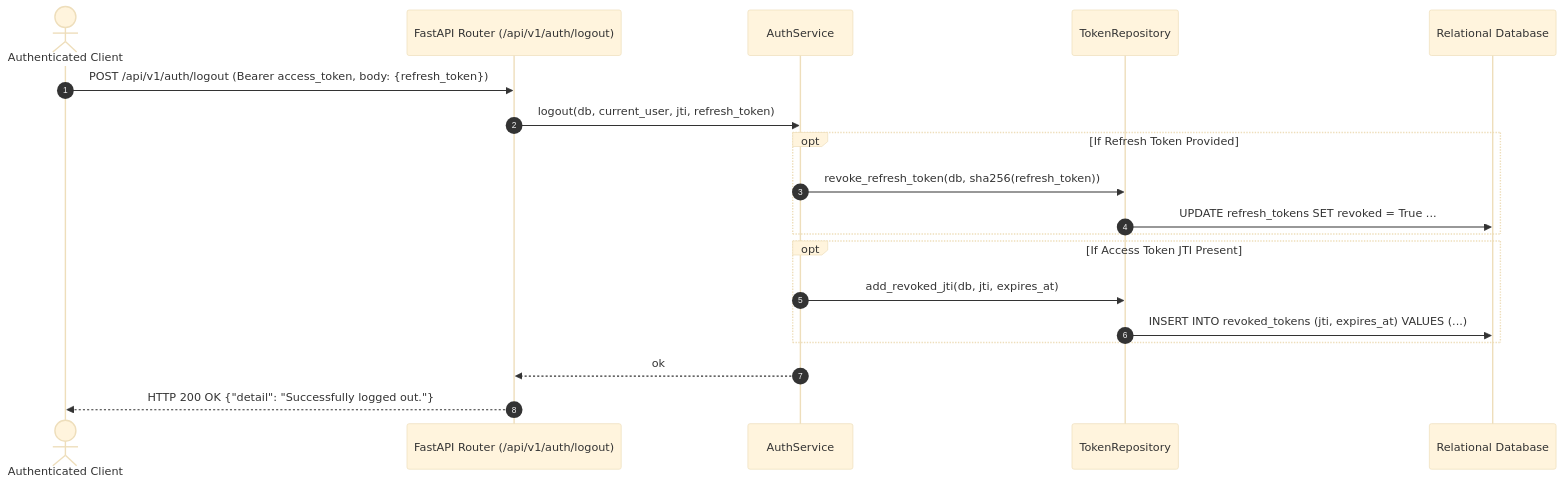
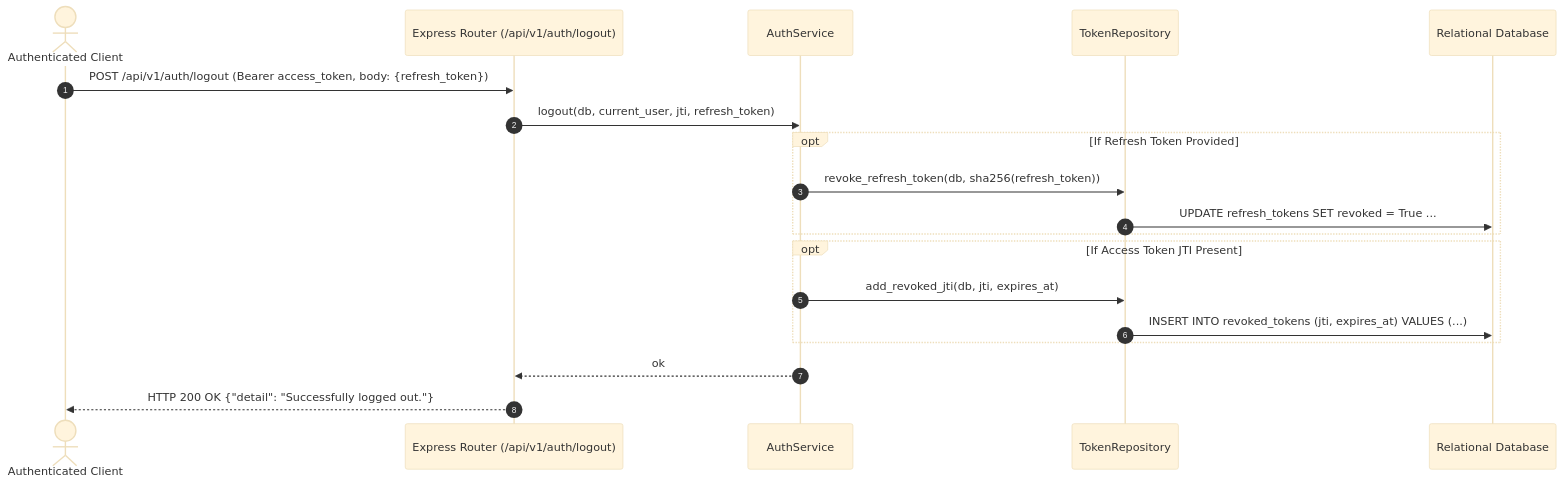
Before and after one commit to Coffeee-ui/Batanes_Niche: the third of 4 diagrams in development/Documentation/06-Authentication-and-Security.md, drawn with Mermaid (base theme). The commit also changed other lines of this file and 30 other files, not shown here.

````diff
--- a/development/Documentation/06-Authentication-and-Security.md
+++ b/development/Documentation/06-Authentication-and-Security.md
@@ -232,25 +232,25 @@
 ```mermaid
 sequenceDiagram
     autonumber
     actor Client as Authenticated Client
-    participant API as FastAPI Router (/api/v1/auth/logout)
+    participant API as Express Router (/api/v1/auth/logout)
     participant AuthSvc as AuthService
     participant TokenRepo as TokenRepository
     participant DB as Relational Database
 
     Client->>API: POST /api/v1/auth/logout (Bearer access_token, body: {refresh_token})
     API->>AuthSvc: logout(db, current_user, jti, refresh_token)
     
     opt If Refresh Token Provided
         AuthSvc->>TokenRepo: revoke_refresh_token(db, sha256(refresh_token))
         TokenRepo->>DB: UPDATE refresh_tokens SET revoked = True ...
     end
 
     opt If Access Token JTI Present
         AuthSvc->>TokenRepo: add_revoked_jti(db, jti, expires_at)
         TokenRepo->>DB: INSERT INTO revoked_tokens (jti, expires_at) VALUES (...)
     end
 
     AuthSvc-->>API: ok
     API-->>Client: HTTP 200 OK {"detail": "Successfully logged out."}
 ```
````
